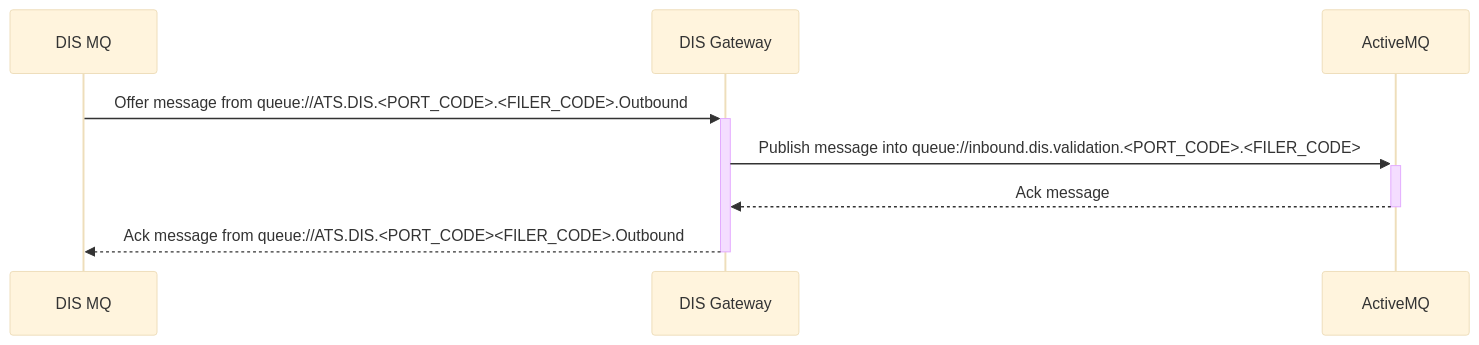
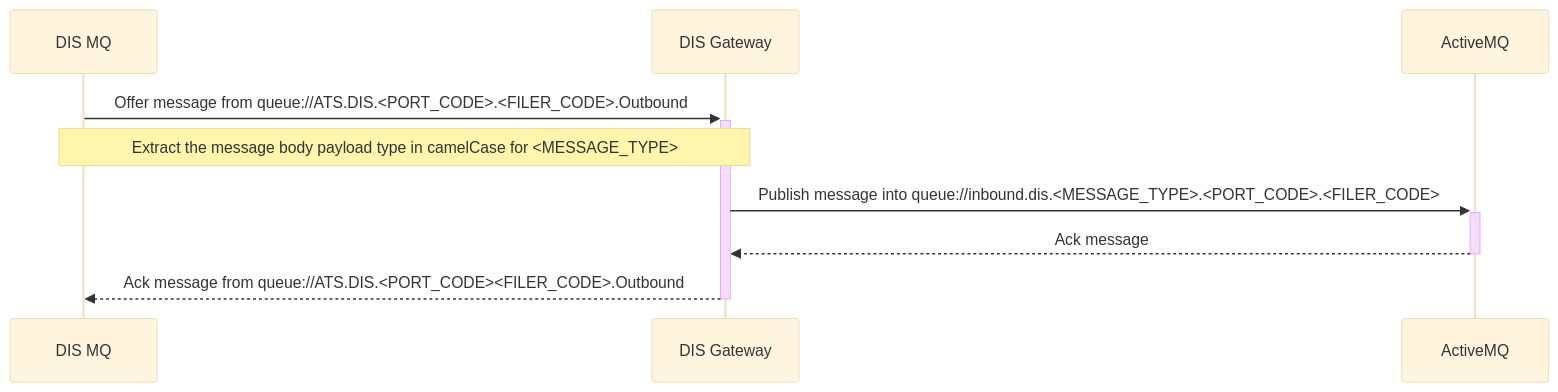
The second of 2 diagrams in docs/workflows/dis.md (as2network/as2ng), drawn with Mermaid (base theme) before and after one commit. The commit also changed other lines of this file and 8 other files, not shown here.

````diff
--- a/docs/workflows/dis.md
+++ b/docs/workflows/dis.md
@@ -17,8 +28,9 @@
 ```mermaid
 sequenceDiagram
-    DIS MQ ->>+ DIS Gateway: Offer message from queue://ATS.DIS.<PORT_CODE>.<FILER_CODE>.Outbound    
-    DIS Gateway ->>+ ActiveMQ: Publish message into queue://inbound.dis.validation.<PORT_CODE>.<FILER_CODE>
+    DIS MQ ->>+ DIS Gateway: Offer message from queue://ATS.DIS.<PORT_CODE>.<FILER_CODE>.Outbound
+    Note over DIS MQ,DIS Gateway: Extract the message body payload type in camelCase for <MESSAGE_TYPE>   
+    DIS Gateway ->>+ ActiveMQ: Publish message into queue://inbound.dis.<MESSAGE_TYPE>.<PORT_CODE>.<FILER_CODE>
     ActiveMQ -->>- DIS Gateway: Ack message   
     DIS Gateway -->> DIS MQ: Ack message from queue://ATS.DIS.<PORT_CODE><FILER_CODE>.Outbound    
     deactivate DIS Gateway        
 ```
````
